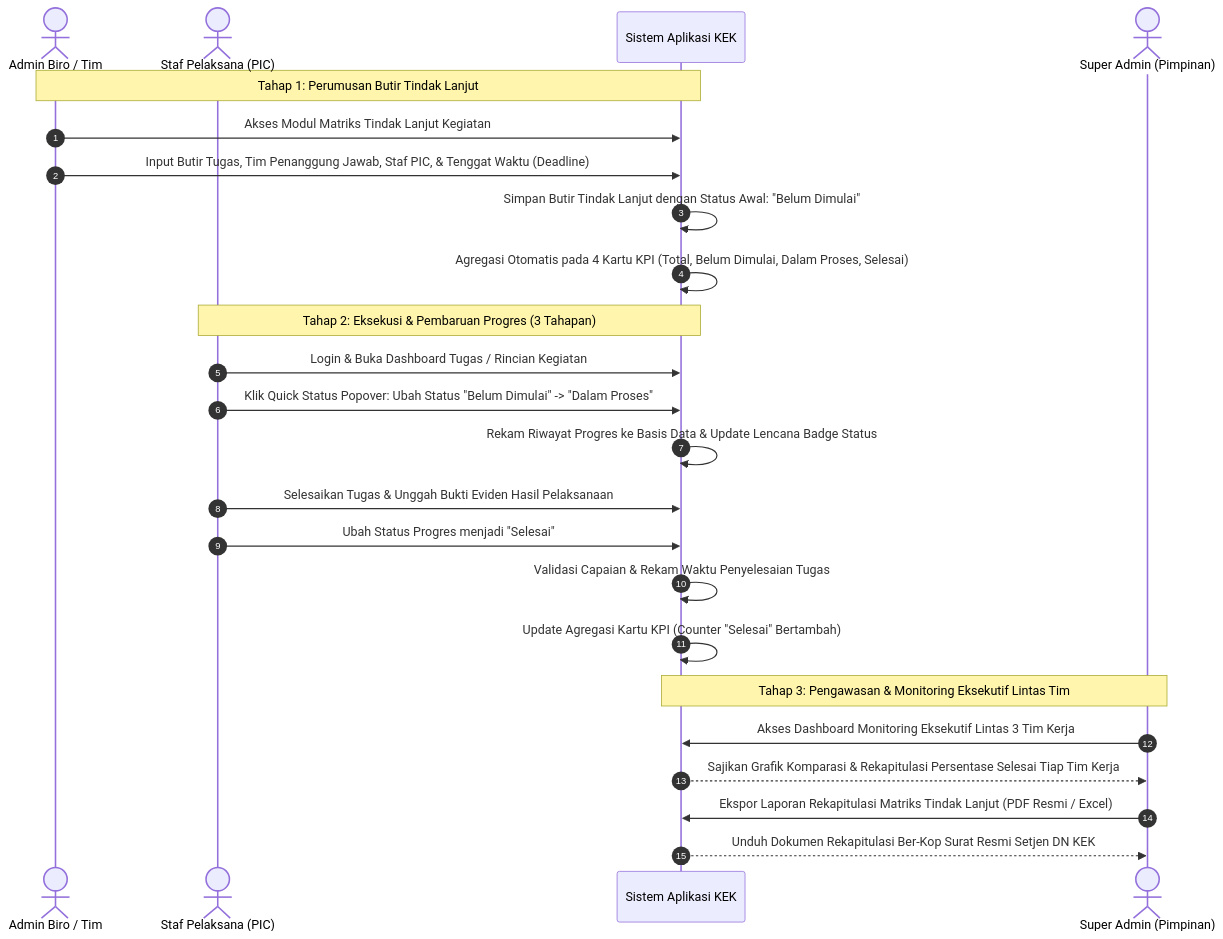
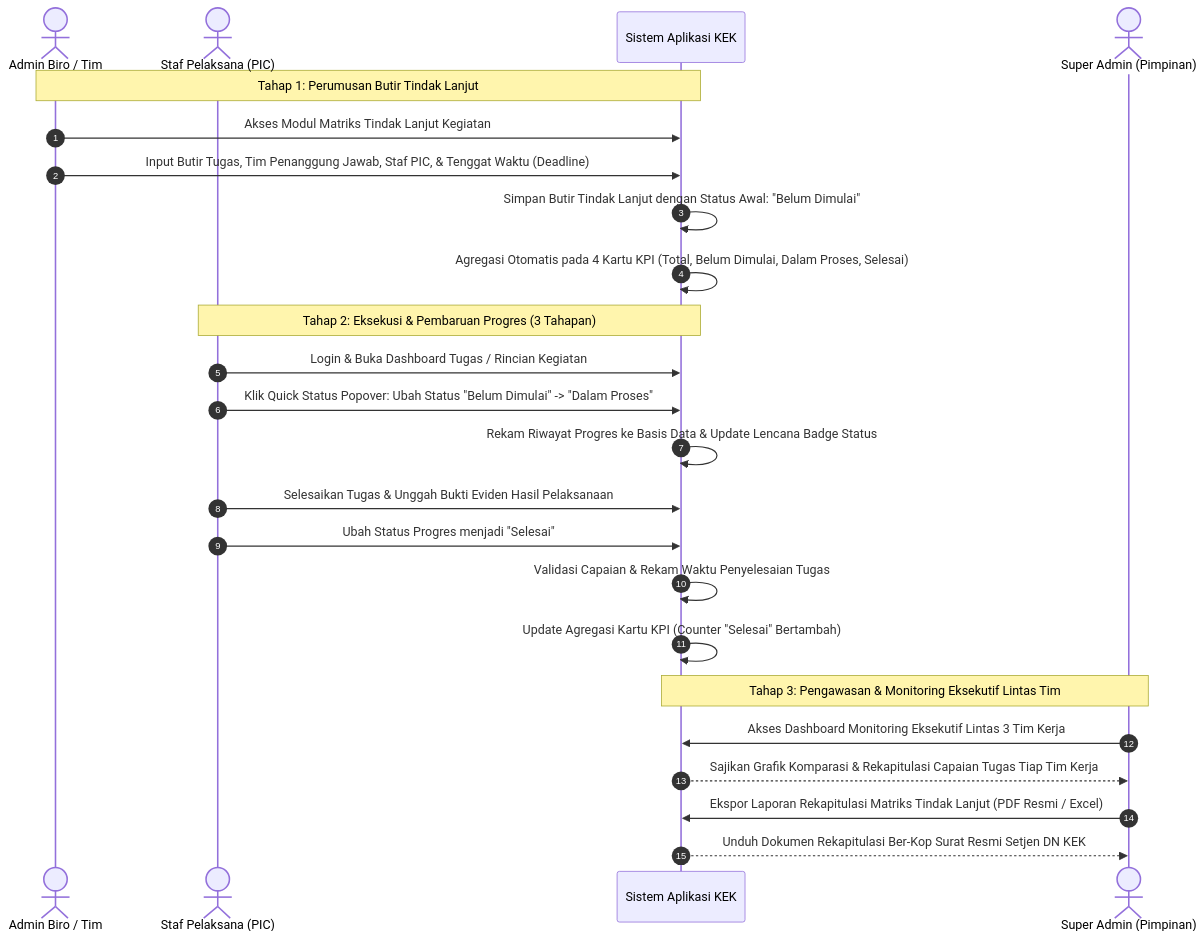
One commit to Napppz/Website-Log-Rapat-Kek changed the third of 3 diagrams in docs/4_ACTIVITY_DIAGRAM.md. Above: the diagram before and after it, drawn with Mermaid. The commit also changed other lines of this file and 40 other files, not shown here.

Commit message:
docs(uml): perbarui Use Case 12 model dan Activity Diagram dokumen kegiatan KEK

````diff
--- a/docs/4_ACTIVITY_DIAGRAM.md
+++ b/docs/4_ACTIVITY_DIAGRAM.md
@@ -84,29 +111,29 @@
 ```mermaid
 sequenceDiagram
     autonumber
     actor Admin as Admin Biro / Tim
     actor PIC as Staf Pelaksana (PIC)
     participant Sys as Sistem Aplikasi KEK
     actor Leader as Super Admin (Pimpinan)
 
     Note over Admin,Sys: Tahap 1: Perumusan Butir Tindak Lanjut
     Admin->>Sys: Akses Modul Matriks Tindak Lanjut Kegiatan
     Admin->>Sys: Input Butir Tugas, Tim Penanggung Jawab, Staf PIC, & Tenggat Waktu (Deadline)
     Sys->>Sys: Simpan Butir Tindak Lanjut dengan Status Awal: "Belum Dimulai"
     Sys->>Sys: Agregasi Otomatis pada 4 Kartu KPI (Total, Belum Dimulai, Dalam Proses, Selesai)
 
     Note over PIC,Sys: Tahap 2: Eksekusi & Pembaruan Progres (3 Tahapan)
     PIC->>Sys: Login & Buka Dashboard Tugas / Rincian Kegiatan
     PIC->>Sys: Klik Quick Status Popover: Ubah Status "Belum Dimulai" -> "Dalam Proses"
     Sys->>Sys: Rekam Riwayat Progres ke Basis Data & Update Lencana Badge Status
     PIC->>Sys: Selesaikan Tugas & Unggah Bukti Eviden Hasil Pelaksanaan
     PIC->>Sys: Ubah Status Progres menjadi "Selesai"
     Sys->>Sys: Validasi Capaian & Rekam Waktu Penyelesaian Tugas
     Sys->>Sys: Update Agregasi Kartu KPI (Counter "Selesai" Bertambah)
 
     Note over Leader,Sys: Tahap 3: Pengawasan & Monitoring Eksekutif Lintas Tim
     Leader->>Sys: Akses Dashboard Monitoring Eksekutif Lintas 3 Tim Kerja
-    Sys-->>Leader: Sajikan Grafik Komparasi & Rekapitulasi Persentase Selesai Tiap Tim Kerja
+    Sys-->>Leader: Sajikan Grafik Komparasi & Rekapitulasi Capaian Tugas Tiap Tim Kerja
     Leader->>Sys: Ekspor Laporan Rekapitulasi Matriks Tindak Lanjut (PDF Resmi / Excel)
     Sys-->>Leader: Unduh Dokumen Rekapitulasi Ber-Kop Surat Resmi Setjen DN KEK
 ```
````
